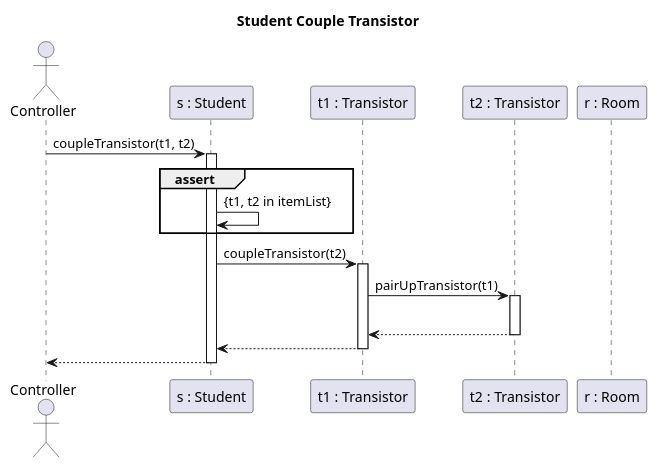
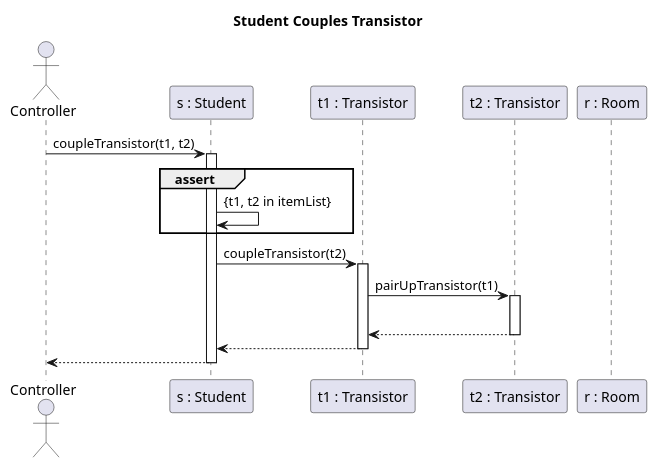
One commit to MBakter/echo changed the diagram in docs/transistor/couple_transistor.plantuml. Above: the diagram before and after it, drawn with PlantUML. The commit also changed 3 other files, not shown here.

```diff
--- a/docs/transistor/couple_transistor.plantuml
+++ b/docs/transistor/couple_transistor.plantuml
@@ -1,46 +1,46 @@
 @startuml
-title Student Couple Transistor
+title Student Couples Transistor
 
 actor Controller as c order 10
 participant "t1 : Transistor" as Transistor order 30
 participant "s : Student" as Student order 20
 participant "t2 : Transistor" as Transistor2 order 40
 participant "r : Room" as Room order 50
 
 c -> Student : coupleTransistor(t1, t2)
 activate Student
 
     group assert
         Student -> Student : {t1, t2 in itemList}
     end
 
     ' alt pair is set
 
         Student -> Transistor : coupleTransistor(t2)
         activate Transistor
             
 
                 Transistor -> Transistor2: pairUpTransistor(t1)
 
                     activate Transistor2
                         ' Room -> Room: Move(s)
 
                     |||
                     Transistor <-- Transistor2
                     deactivate Transistor2
 
 
             
 
             Student <-- Transistor
         deactivate Transistor
     ' end
 
 
     c <-- Student 
 deactivate Student
 
 
 
 
 @enduml
```
